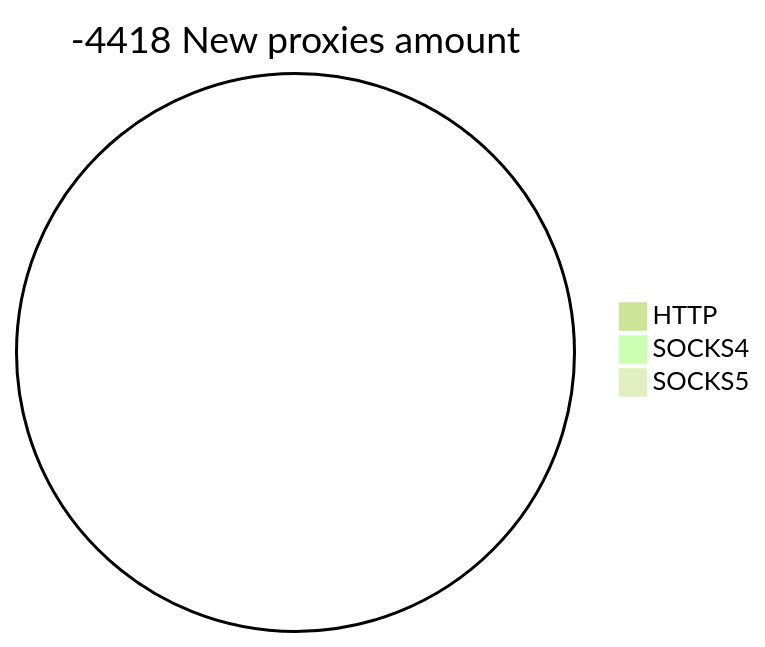
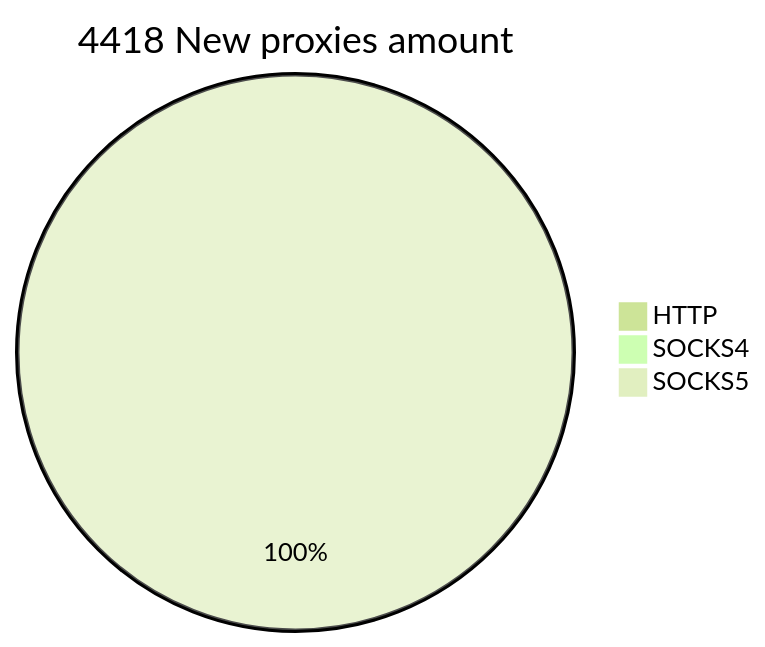
The second of 2 diagrams in README.md (cutipu/proxylist), drawn with Mermaid (forest theme) before and after one commit. The commit also changed other lines of this file, not shown here.

````diff
--- a/README.md
+++ b/README.md
@@ -10,6 +10,6 @@
 ```mermaid
-pie title -4418 New proxies amount
+pie title 4418 New proxies amount
     "HTTP" : 0
     "SOCKS4" : 0
-    "SOCKS5" : 0
+    "SOCKS5" : 4419
 ```
````
